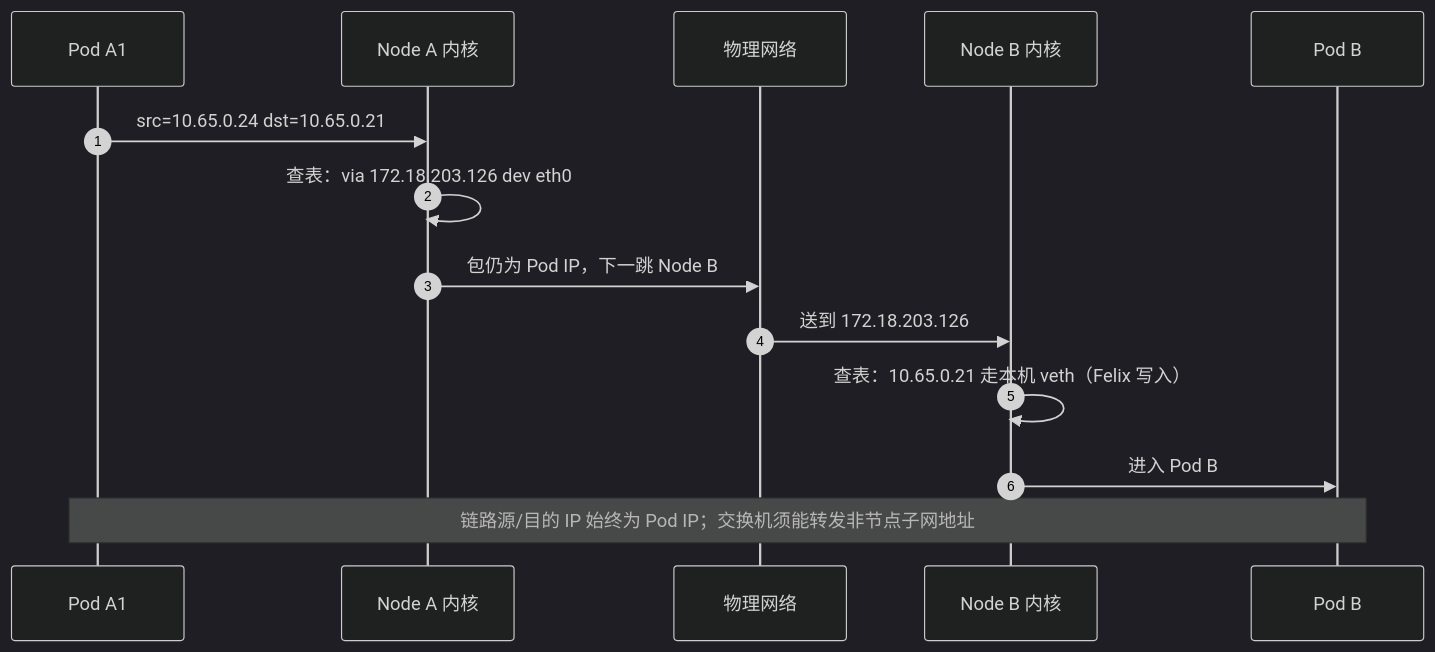
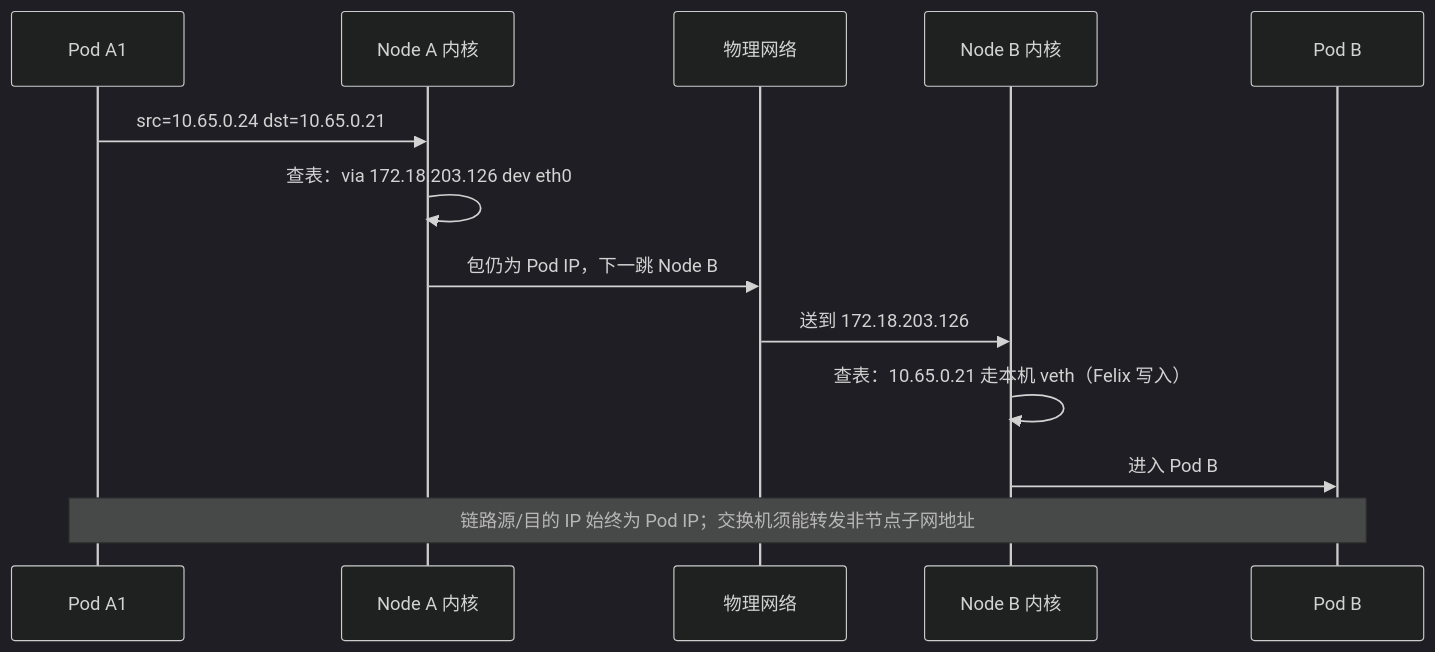
Before and after one commit to xiaxinyu/knowledge_base: the fifth of 7 diagrams in 20-architecture/24-calico-networking-treatise.md, drawn with Mermaid (dark theme). The commit also changed other lines of this file and 1 other file, not shown here.

````diff
--- a/20-architecture/24-calico-networking-treatise.md
+++ b/20-architecture/24-calico-networking-treatise.md
@@ -266,17 +290,16 @@
 ```mermaid
 sequenceDiagram
-  autonumber
   participant A1 as Pod A1
   participant NA as Node A 内核
   participant W as 物理网络
   participant NB as Node B 内核
   participant B as Pod B
 
   A1->>NA: src=10.65.0.24 dst=10.65.0.21
   NA->>NA: 查表：via 172.18.203.126 dev eth0
   NA->>W: 包仍为 Pod IP，下一跳 Node B
   W->>NB: 送到 172.18.203.126
   NB->>NB: 查表：10.65.0.21 走本机 veth（Felix 写入）
   NB->>B: 进入 Pod B
   Note over A1,B: 链路源/目的 IP 始终为 Pod IP；交换机须能转发非节点子网地址
 ```
````
